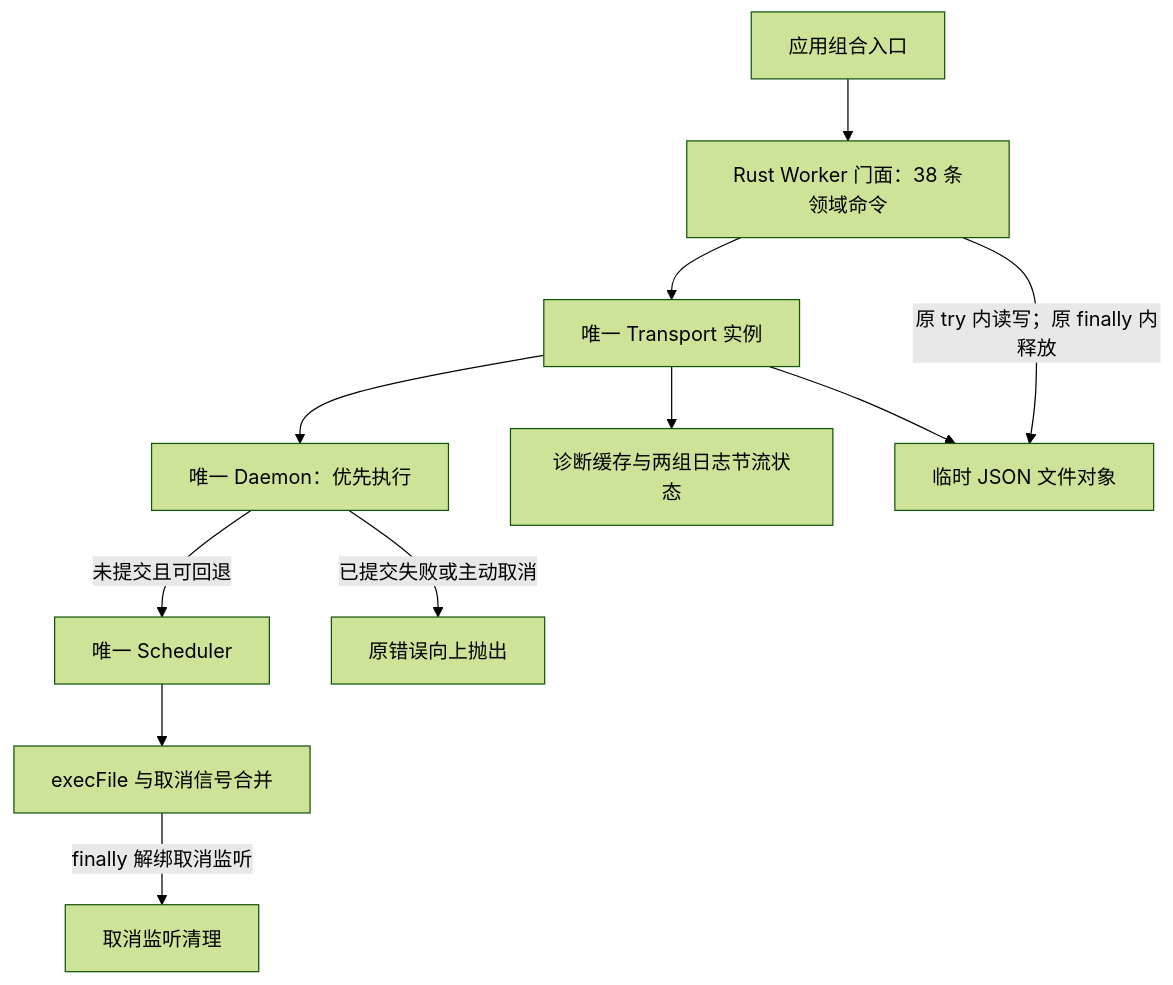
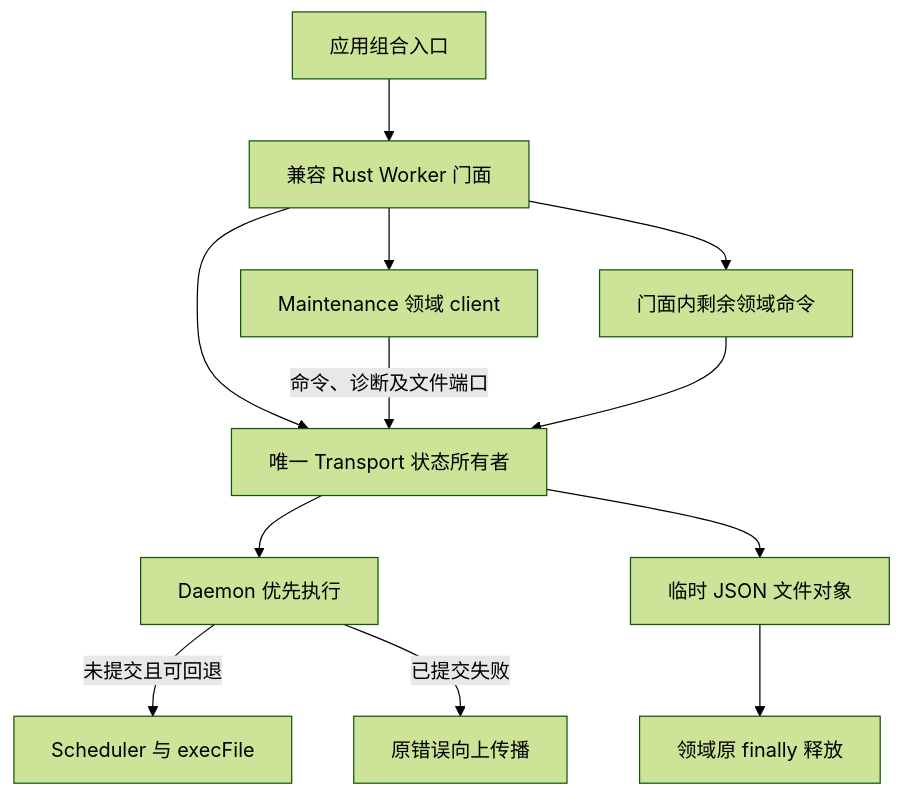
The diagram in docs/plans/HFM_STAGE_05_RUST_WORKER_TASKBOOK.md (uniquenesssta/99), drawn with Mermaid (forest theme) before and after one commit. The commit also changed other lines of this file and 11 other files, not shown here.

Commit message:
refactor(rust): extract maintenance client (AT-5.3.1)

````diff
--- a/docs/plans/HFM_STAGE_05_RUST_WORKER_TASKBOOK.md
+++ b/docs/plans/HFM_STAGE_05_RUST_WORKER_TASKBOOK.md
@@ -98,13 +98,14 @@
 ```mermaid
 flowchart TD
-  A["应用组合入口"] --> F["Rust Worker 门面：38 条领域命令"]
-  F --> T["唯一 Transport 实例"]
-  T --> D["唯一 Daemon：优先执行"]
-  D -->|"未提交且可回退"| S["唯一 Scheduler"]
-  S --> E["execFile 与取消信号合并"]
-  D -->|"已提交失败或主动取消"| X["原错误向上抛出"]
-  T --> C["诊断缓存与两组日志节流状态"]
+  A["应用组合入口"] --> F["兼容 Rust Worker 门面"]
+  F --> T["唯一 Transport 状态所有者"]
+  F --> C0["Maintenance 领域 client"]
+  C0 -->|"命令、诊断及文件端口"| T
+  F --> R["门面内剩余领域命令"]
+  R --> T
+  T --> D["Daemon 优先执行"]
+  D -->|"未提交且可回退"| S["Scheduler 与 execFile"]
+  D -->|"已提交失败"| E["原错误向上传播"]
   T --> J["临时 JSON 文件对象"]
-  F -->|"原 try 内读写；原 finally 内释放"| J
-  E -->|"finally 解绑取消监听"| L["取消监听清理"]
+  J --> L["领域原 finally 释放"]
 ```
````
